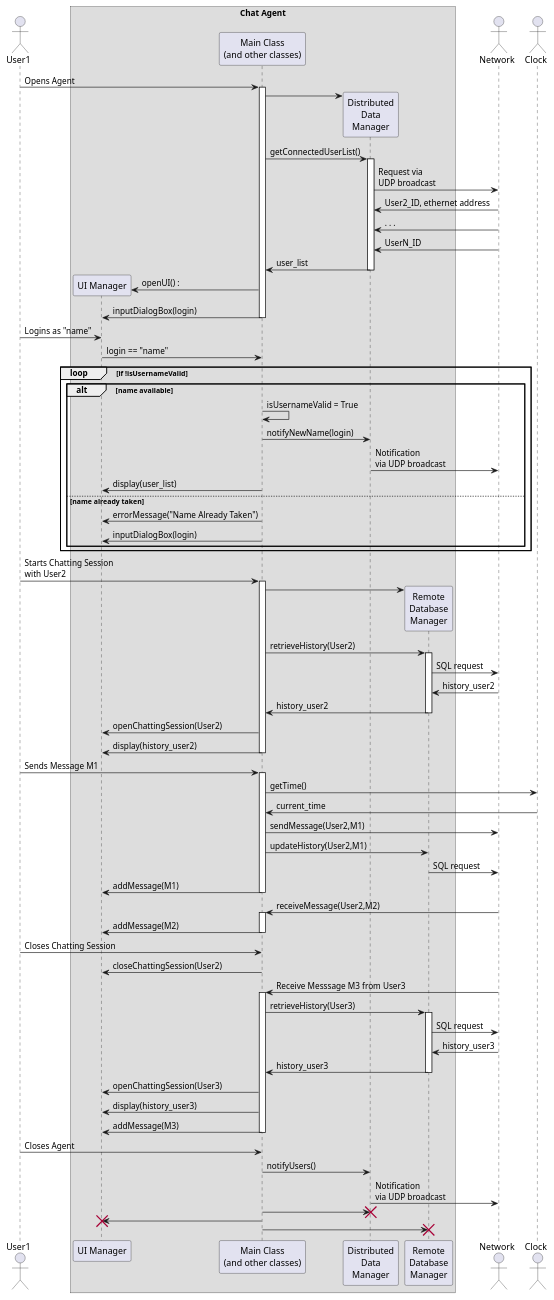
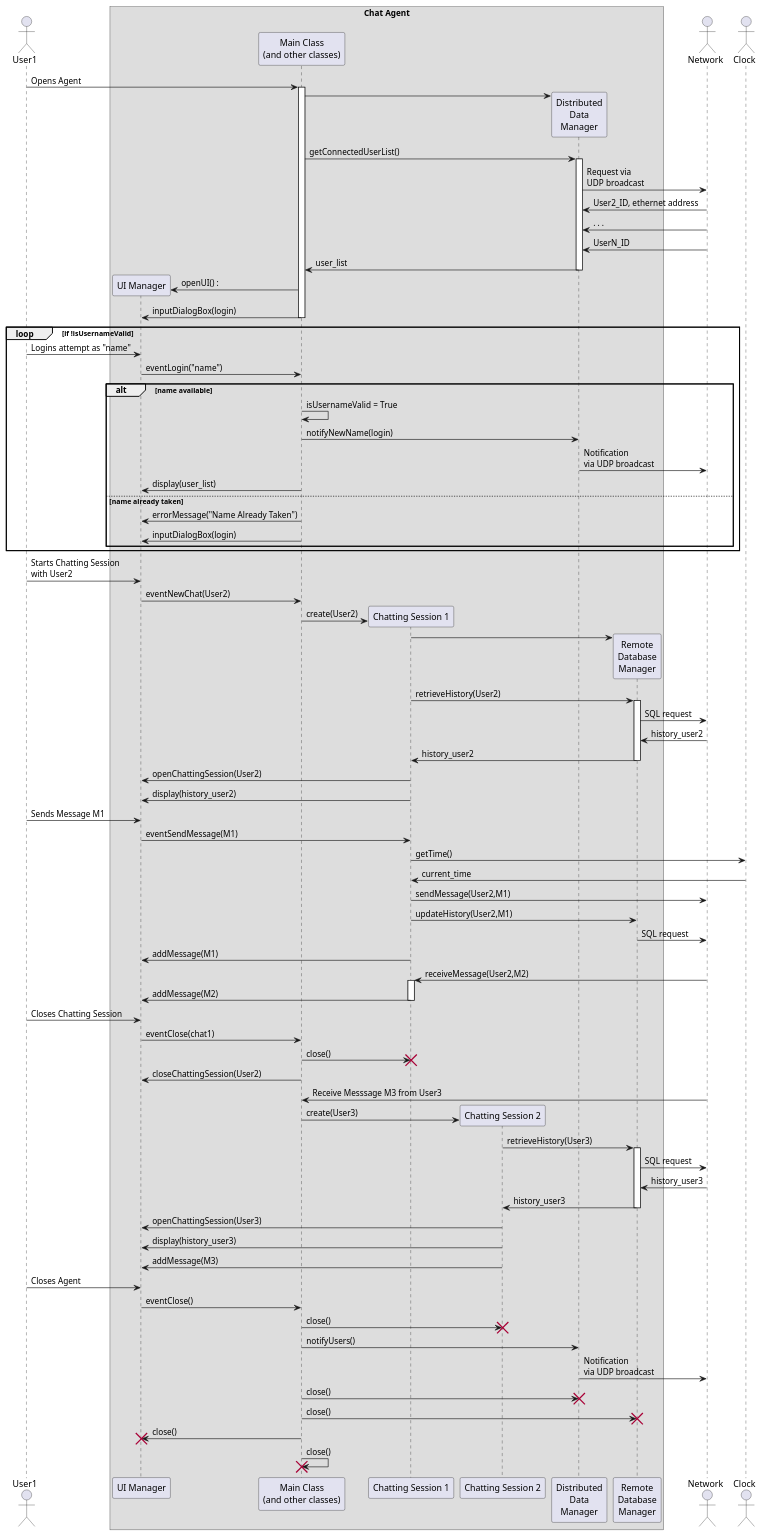
One commit to scanim-valentin/decentralized-chat-system changed the diagram in UMLPlant/sequence_white_box.wsd. Above: the diagram before and after it, drawn with PlantUML. The commit also changed 5 other files, not shown here.

```diff
--- a/UMLPlant/sequence_white_box.wsd
+++ b/UMLPlant/sequence_white_box.wsd
@@ -1,80 +1,91 @@
 @startuml ChatAgentWhiteBoxSequence
 actor User1 as User
 box "Chat Agent"
   participant  "UI Manager" as UI
   participant "Main Class\n(and other classes)" as chatAgent
+  participant "Chatting Session 1" as chat1
+  participant "Chatting Session 2" as chat2
   participant "Distributed\nData\nManager" as distributedManager
   participant "Remote\nDatabase\nManager" as databaseManager
 end box
 
 actor "Network" as Network
 actor "Clock" as Clock
 
 User -> chatAgent ++ : Opens Agent
   chatAgent -> distributedManager **
   chatAgent -> distributedManager ++ : getConnectedUserList()
     distributedManager -> Network : Request via\nUDP broadcast
     Network -> distributedManager : User2_ID, ethernet address
     Network -> distributedManager : . . . 
     Network -> distributedManager : UserN_ID
   distributedManager -> chatAgent -- : user_list 
   
   UI <- chatAgent ** : openUI() :
 chatAgent -> UI -- : inputDialogBox(login)
 
-User -> UI : Logins as "name"
-UI -> chatAgent : login == "name"
 loop if !isUsernameValid
+User -> UI : Logins attempt as "name"
+UI -> chatAgent : eventLogin("name")
 alt name available
 chatAgent -> chatAgent : isUsernameValid = True
 chatAgent -> distributedManager : notifyNewName(login)
 distributedManager -> Network : Notification\nvia UDP broadcast
 UI <- chatAgent : display(user_list)
     else name already taken
 UI <- chatAgent : errorMessage("Name Already Taken")
 UI <- chatAgent -- : inputDialogBox(login)
     end
 end
 
-User -> chatAgent ++ : Starts Chatting Session\nwith User2
-  chatAgent -> databaseManager ** 
-  chatAgent -> databaseManager ++ : retrieveHistory(User2)
+User -> UI : Starts Chatting Session\nwith User2
+  UI -> chatAgent : eventNewChat(User2)
+  chatAgent -> chat1 ** : create(User2)
+  chat1 -> databaseManager ** 
+  chat1 -> databaseManager ++ : retrieveHistory(User2)
     databaseManager -> Network : SQL request
     Network -> databaseManager : history_user2
-  databaseManager -> chatAgent -- : history_user2
+  databaseManager -> chat1 -- : history_user2
 
-  chatAgent -> UI : openChattingSession(User2)
-chatAgent -> UI -- : display(history_user2)
+  chat1 -> UI : openChattingSession(User2)
+chat1 -> UI -- : display(history_user2)
 
-User -> chatAgent ++ : Sends Message M1
-  chatAgent -> Clock : getTime()
-  Clock -> chatAgent : current_time
+User -> UI : Sends Message M1
+  UI -> chat1 : eventSendMessage(M1)
+  chat1 -> Clock : getTime()
+  Clock -> chat1 : current_time
 
-  chatAgent -> Network : sendMessage(User2,M1)
+  chat1 -> Network : sendMessage(User2,M1)
 
-  chatAgent -> databaseManager : updateHistory(User2,M1)
+  chat1 -> databaseManager : updateHistory(User2,M1)
     databaseManager -> Network : SQL request
-chatAgent -> UI -- : addMessage(M1)
+chat1 -> UI -- : addMessage(M1)
 
-Network -> chatAgent ++ : receiveMessage(User2,M2)
-chatAgent -> UI -- : addMessage(M2)
+Network -> chat1 ++ : receiveMessage(User2,M2)
+chat1 -> UI -- : addMessage(M2)
 
-User -> chatAgent : Closes Chatting Session
+User -> UI : Closes Chatting Session
+UI -> chatAgent : eventClose(chat1)
+chatAgent -> chat1 !! : close()
 chatAgent -> UI : closeChattingSession(User2)
 
-Network -> chatAgent ++ : Receive Messsage M3 from User3
-  chatAgent -> databaseManager ++ : retrieveHistory(User3)
+Network -> chatAgent : Receive Messsage M3 from User3
+  chatAgent -> chat2 ** : create(User3)
+  chat2 -> databaseManager ++ : retrieveHistory(User3)
     databaseManager -> Network : SQL request
     Network -> databaseManager : history_user3
-  databaseManager -> chatAgent -- : history_user3
-  chatAgent -> UI : openChattingSession(User3)
-  chatAgent -> UI : display(history_user3)
-chatAgent -> UI -- : addMessage(M3)
+  databaseManager -> chat2 -- : history_user3
+  chat2 -> UI : openChattingSession(User3)
+  chat2 -> UI : display(history_user3)
+chat2 -> UI -- : addMessage(M3)
 
-User -> chatAgent : Closes Agent
+User -> UI : Closes Agent
+UI -> chatAgent : eventClose()
+chatAgent -> chat2 !! : close()
 chatAgent -> distributedManager : notifyUsers()
 distributedManager -> Network : Notification\nvia UDP broadcast
-chatAgent -> distributedManager !!
-chatAgent -> UI !!
-chatAgent -> databaseManager !!
+chatAgent -> distributedManager !! : close()
+chatAgent -> databaseManager !! : close()
+chatAgent -> UI !! : close()
+chatAgent -> chatAgent !! : close()
 @enduml
```
